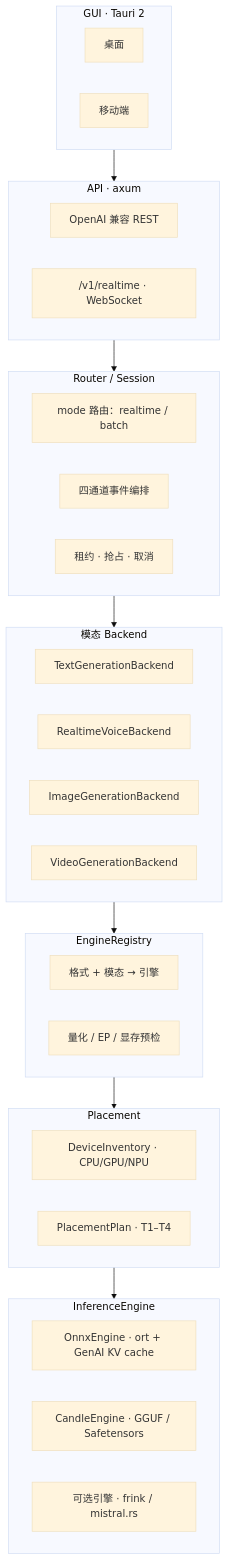
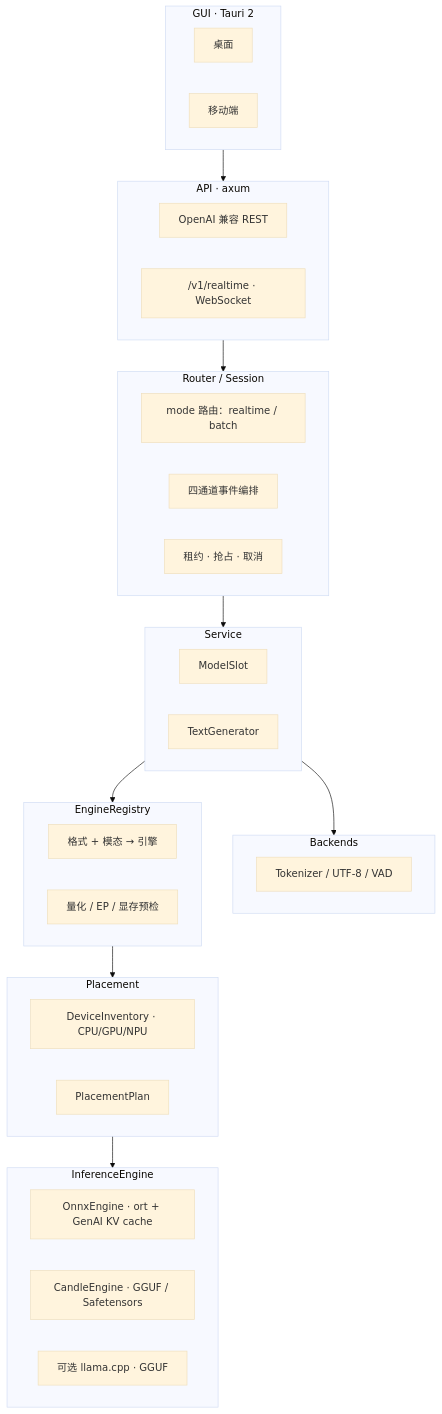
Before and after one commit to hongweifei/UniInfer: the diagram in README.md, drawn with Mermaid (base theme). The commit also changed other lines of this file, not shown here.

Commit message:
docs: 同步 router 架构与文本 Backend 边界

````diff
--- a/README.md
+++ b/README.md
@@ -68,44 +68,49 @@
 ```mermaid
 flowchart TB
     subgraph API["API · axum"]
         A1["OpenAI 兼容 REST"]
         A2["/v1/realtime · WebSocket"]
     end
 
     subgraph Router["Router / Session"]
         R1["mode 路由：realtime / batch"]
         R2["四通道事件编排"]
         R3["租约 · 抢占 · 取消"]
     end
 
-    subgraph Traits["模态 Backend"]
-        T1["TextGenerationBackend"]
-        T2["RealtimeVoiceBackend"]
-        T3["ImageGenerationBackend"]
-        T4["VideoGenerationBackend"]
+    subgraph Service["Service"]
+        S1["ModelSlot"]
+        S2["TextGenerator"]
+    end
+
+    subgraph Backends["Backends"]
+        B1["Tokenizer / UTF-8 / VAD"]
     end
 
     subgraph Registry["EngineRegistry"]
         G1["格式 + 模态 → 引擎"]
         G2["量化 / EP / 显存预检"]
     end
 
     subgraph Placement["Placement"]
         P1["DeviceInventory · CPU/GPU/NPU"]
-        P2["PlacementPlan · T1–T4"]
+        P2["PlacementPlan"]
     end
 
     subgraph Engines["InferenceEngine"]
         E1["OnnxEngine · ort + GenAI KV cache"]
         E2["CandleEngine · GGUF / Safetensors"]
-        E3["可选引擎 · frink / mistral.rs"]
+        E3["可选 llama.cpp · GGUF"]
     end
 
     subgraph GUI["GUI · Tauri 2"]
         U1["桌面"]
         U2["移动端"]
     end
 
-    API --> Router --> Traits --> Registry --> Placement --> Engines
+    API --> Router
+    Router --> Service
+    Service --> Backends
+    Service --> Registry --> Placement --> Engines
     GUI --> API
 ```
````
